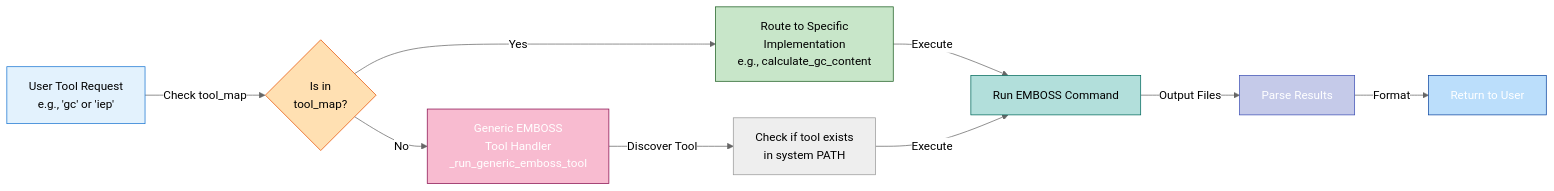
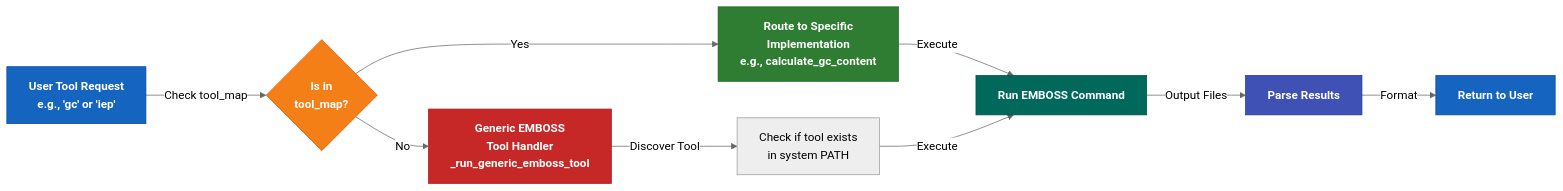
The fourth of 9 diagrams in ARCHITECTURE.md (caagendaz/BME110-final), drawn with Mermaid (neutral theme) before and after one commit. The commit also changed other lines of this file, not shown here.

First line of the commit message:
Improve diagram readability - use deeper colors for all boxes

````diff
--- a/ARCHITECTURE.md
+++ b/ARCHITECTURE.md
@@ -125,24 +125,24 @@
 ```mermaid
 graph LR
     A["User Tool Request<br/>e.g., 'gc' or 'iep'"]
     
     A -->|Check tool_map| B{Is in<br/>tool_map?}
     
     B -->|Yes| C["Route to Specific<br/>Implementation<br/>e.g., calculate_gc_content"]
     B -->|No| D["Generic EMBOSS<br/>Tool Handler<br/>_run_generic_emboss_tool"]
     
     C -->|Execute| E["Run EMBOSS Command"]
     D -->|Discover Tool| F["Check if tool exists<br/>in system PATH"]
     F -->|Execute| E
     
     E -->|Output Files| G["Parse Results"]
     G -->|Format| H["Return to User"]
     
-    style A fill:#e3f2fd,stroke:#1976d2,color:#000000
-    style B fill:#ffe0b2,stroke:#e65100,color:#000000
-    style C fill:#c8e6c9,stroke:#1b5e20,color:#000000
-    style D fill:#f8bbd0,stroke:#880e4f,color:#ffffff
-    style E fill:#b2dfdb,stroke:#00695c,color:#000000
-    style G fill:#c5cae9,stroke:#3f51b5,color:#ffffff
-    style H fill:#bbdefb,stroke:#0d47a1,color:#ffffff
+    style A fill:#1565c0,stroke:#0d47a1,color:#ffffff,font-weight:bold
+    style B fill:#f57f17,stroke:#e65100,color:#ffffff,font-weight:bold
+    style C fill:#2e7d32,stroke:#1b5e20,color:#ffffff,font-weight:bold
+    style D fill:#c62828,stroke:#b71c1c,color:#ffffff,font-weight:bold
+    style E fill:#00695c,stroke:#004d40,color:#ffffff,font-weight:bold
+    style G fill:#3f51b5,stroke:#283593,color:#ffffff,font-weight:bold
+    style H fill:#1565c0,stroke:#0d47a1,color:#ffffff,font-weight:bold
 ```
````
